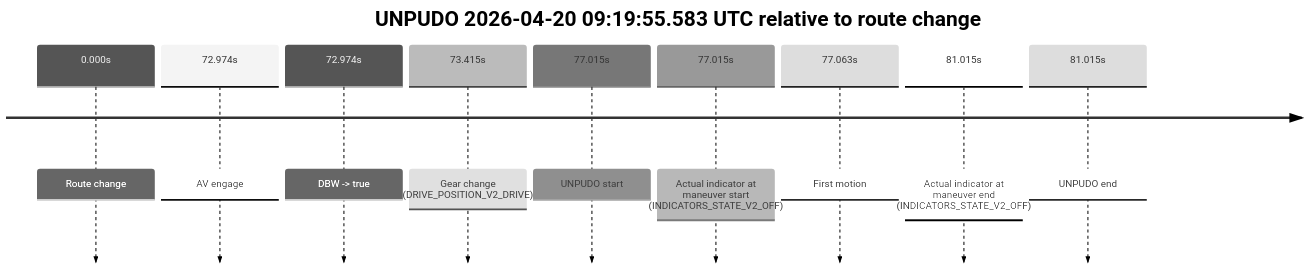
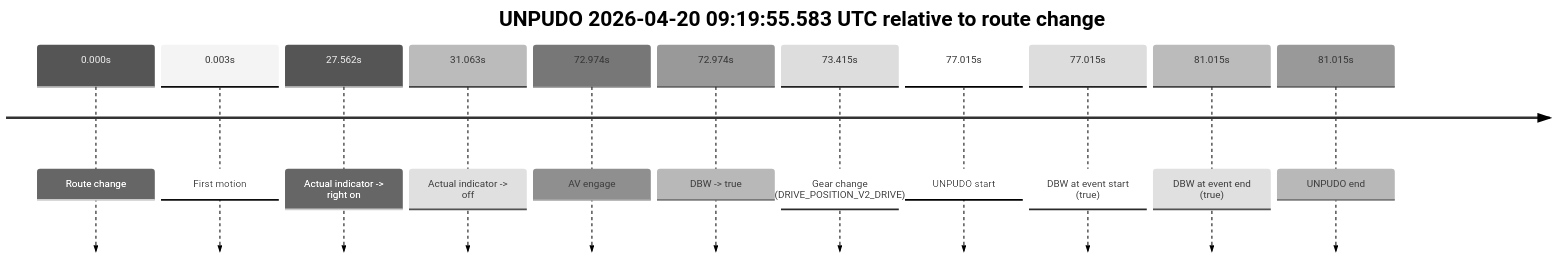
The third of 3 diagrams in model_analysis/report_cards/2026/04/Week-4/fme20031--2026-04-20--08-45-16--gen2-av-544911bc-40b2-4276-9415-335ea55a142c.md (yoelshapiro/vault), drawn with Mermaid (neutral theme) before and after one commit. The commit also changed other lines of this file and 85 other files, not shown here.

````diff
--- a/model_analysis/report_cards/2026/04/Week-4/fme20031--2026-04-20--08-45-16--gen2-av-544911bc-40b2-4276-9415-335ea55a142c.md
+++ b/model_analysis/report_cards/2026/04/Week-4/fme20031--2026-04-20--08-45-16--gen2-av-544911bc-40b2-4276-9415-335ea55a142c.md
@@ -206,13 +228,15 @@
 ```mermaid
 timeline
     title UNPUDO 2026-04-20 09:19:55.583 UTC relative to route change
     0.000s : Route change
+    0.003s : First motion
+    27.562s : Actual indicator -> right on
+    31.063s : Actual indicator -> off
     72.974s : AV engage
     72.974s : DBW -> true
     73.415s : Gear change (DRIVE_POSITION_V2_DRIVE)
     77.015s : UNPUDO start
-    77.015s : Actual indicator at maneuver start (INDICATORS_STATE_V2_OFF)
-    77.063s : First motion
-    81.015s : Actual indicator at maneuver end (INDICATORS_STATE_V2_OFF)
+    77.015s : DBW at event start (true)
+    81.015s : DBW at event end (true)
     81.015s : UNPUDO end
 ```
````
